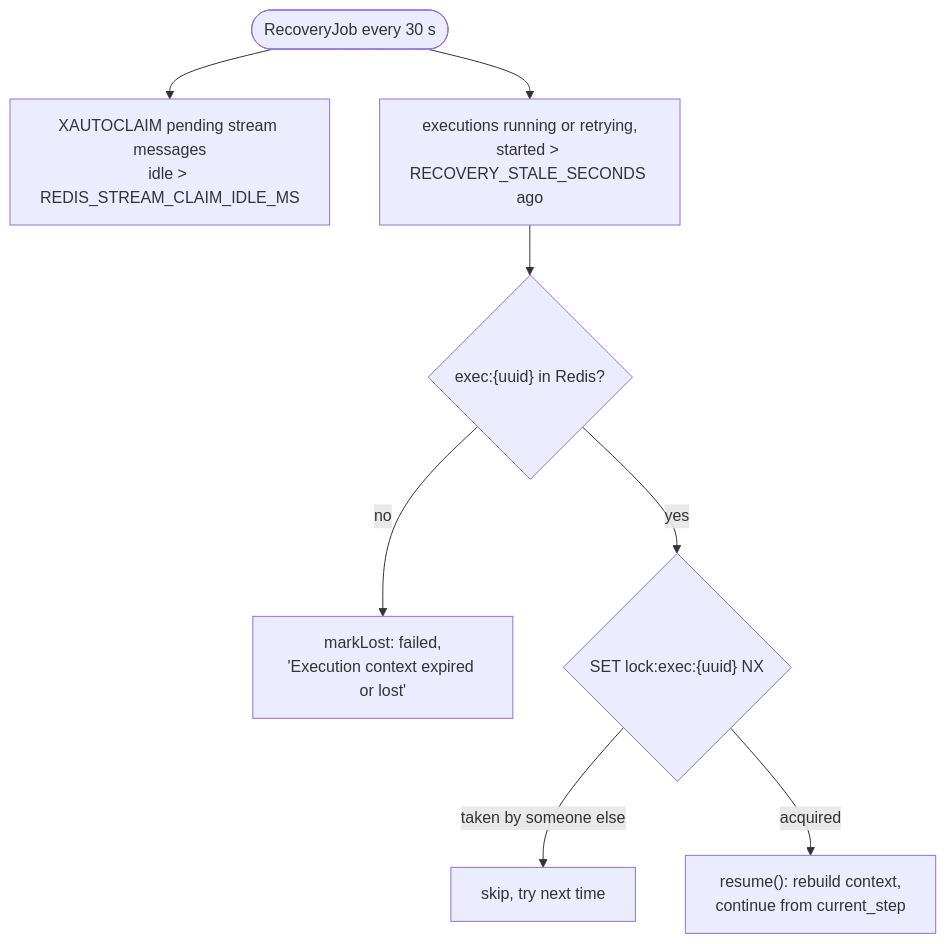
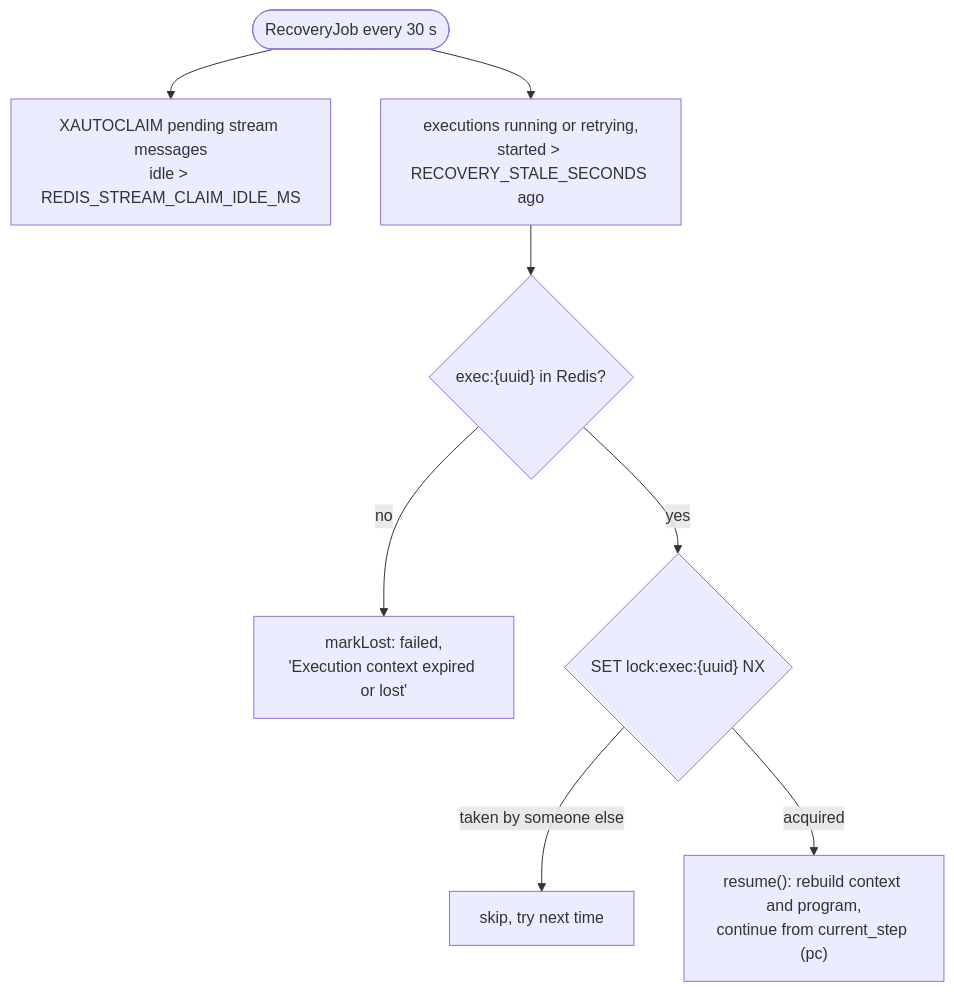
One commit to madarch-labs/Workflow-Processing-Service changed the fifth of 6 diagrams in doc/en/05-architecture/execution-engine.md. Above: the diagram before and after it, drawn with Mermaid. The commit also changed other lines of this file and 470 other files, not shown here.

````diff
--- a/doc/en/05-architecture/execution-engine.md
+++ b/doc/en/05-architecture/execution-engine.md
@@ -138,10 +329,10 @@
 ```mermaid
 flowchart TB
     job(["RecoveryJob every 30 s"]) --> claim["XAUTOCLAIM pending stream messages<br/>idle > REDIS_STREAM_CLAIM_IDLE_MS"]
     job --> stale["executions running or retrying,<br/>started > RECOVERY_STALE_SECONDS ago"]
     stale --> state{"exec:{uuid} in Redis?"}
     state -- "no" --> lost["markLost: failed,<br/>'Execution context expired or lost'"]
     state -- "yes" --> lk{"SET lock:exec:{uuid} NX"}
     lk -- "taken by someone else" --> later["skip, try next time"]
-    lk -- "acquired" --> resume["resume(): rebuild context,<br/>continue from current_step"]
+    lk -- "acquired" --> resume["resume(): rebuild context and program,<br/>continue from current_step (pc)"]
 ```
````
